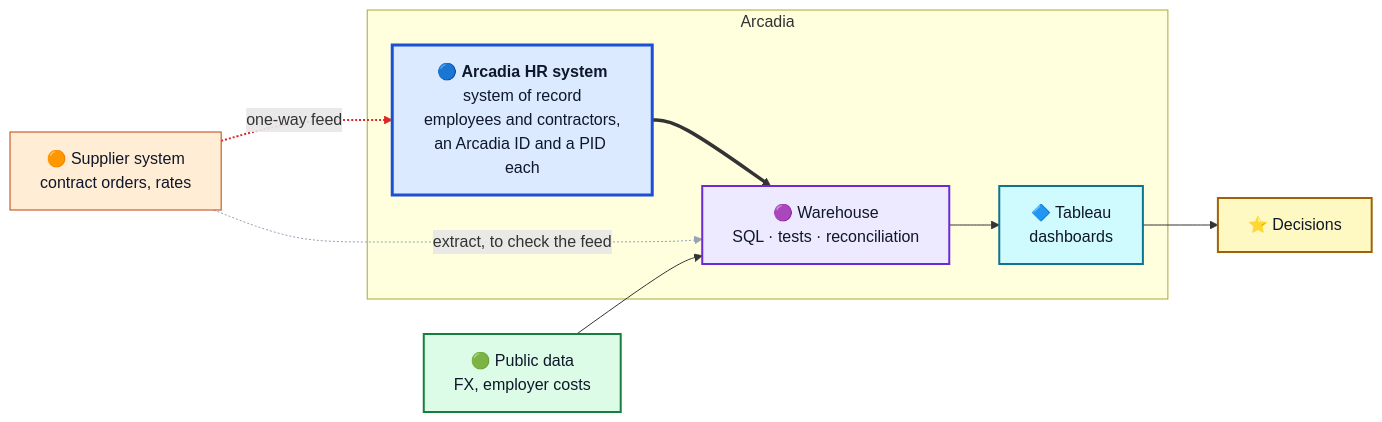
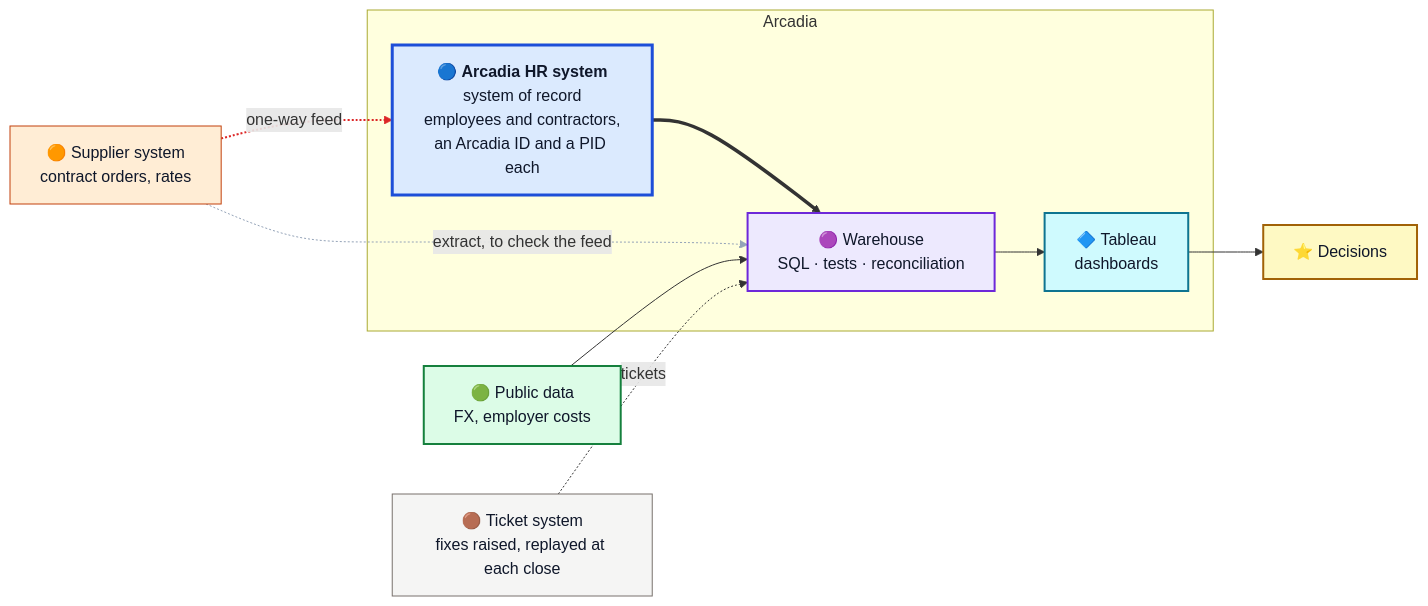
Before and after one commit to thialp/thialp: the diagram in README.md, drawn with Mermaid. The commit also changed other lines of this file, not shown here.

````diff
--- a/README.md
+++ b/README.md
@@ -34,30 +34,34 @@
 ```mermaid
 flowchart LR
     BW["🟠 Supplier system<br/>contract orders, rates"]
     subgraph ARC["Arcadia"]
         KS["🔵 <b>Arcadia HR system</b><br/>system of record<br/>employees and contractors,<br/>an Arcadia ID and a PID each"]
         WH["🟣 Warehouse<br/>SQL · tests · reconciliation"]
         TAB["🔷 Tableau<br/>dashboards"]
     end
     PUB["🟢 Public data<br/>FX, employer costs"]
+    HLX["🟤 Ticket system<br/>fixes raised, replayed at each close"]
     DEC["⭐ Decisions"]
     BW -. "one-way feed" .-> KS
     KS ==> WH
     PUB --> WH
     WH --> TAB --> DEC
     BW -. "extract, to check the feed" .-> WH
+    HLX -. "tickets" .-> WH
     classDef hr fill:#dbeafe,stroke:#1d4ed8,color:#0f172a,stroke-width:3px
     classDef vms fill:#ffedd5,stroke:#c2410c,color:#0f172a,stroke-width:1px
     classDef pub fill:#dcfce7,stroke:#15803d,color:#0f172a,stroke-width:2px
     classDef wh fill:#ede9fe,stroke:#6d28d9,color:#0f172a,stroke-width:2px
     classDef tab fill:#cffafe,stroke:#0e7490,color:#0f172a,stroke-width:2px
     classDef dec fill:#fef9c3,stroke:#a16207,color:#0f172a,stroke-width:2px
+    classDef hlx fill:#f5f5f4,stroke:#78716c,color:#0f172a,stroke-width:1px
     class KS hr
     class BW vms
     class PUB pub
     class WH wh
     class TAB tab
     class DEC dec
+    class HLX hlx
     linkStyle 0 stroke:#dc2626,stroke-width:2px
     linkStyle 5 stroke:#94a3b8,stroke-width:1px
 ```
````
